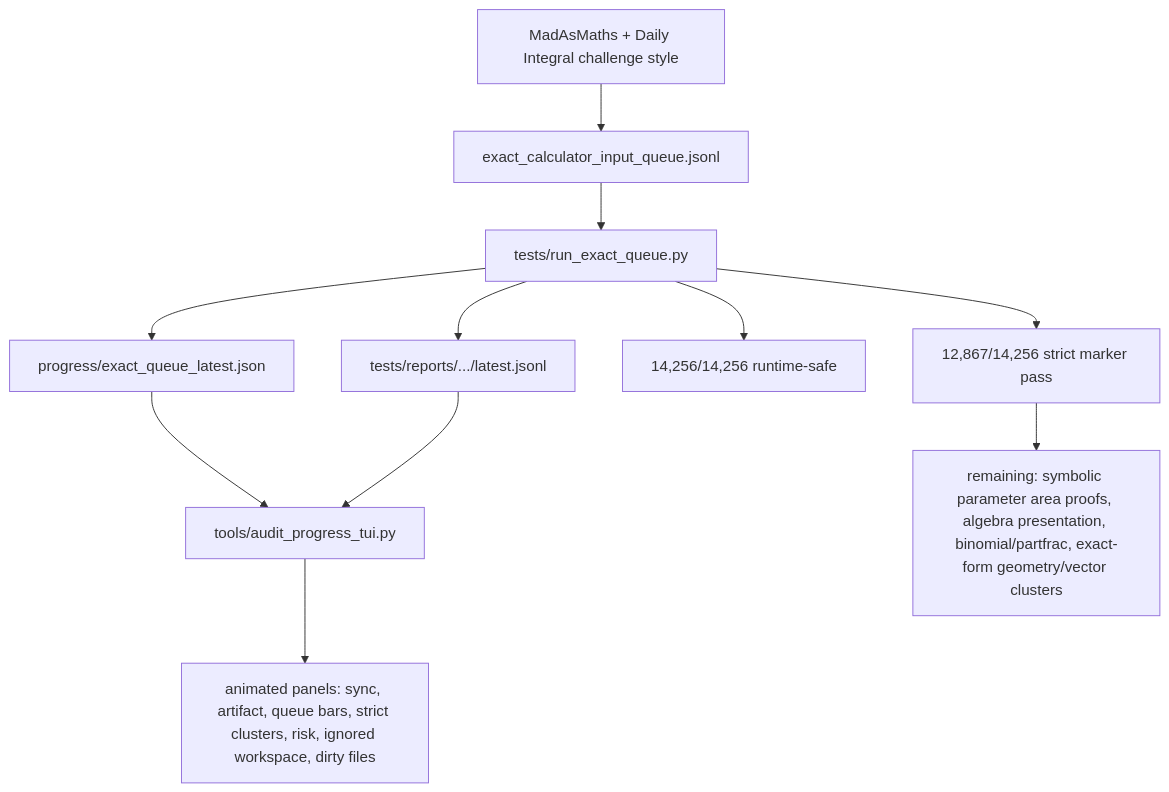
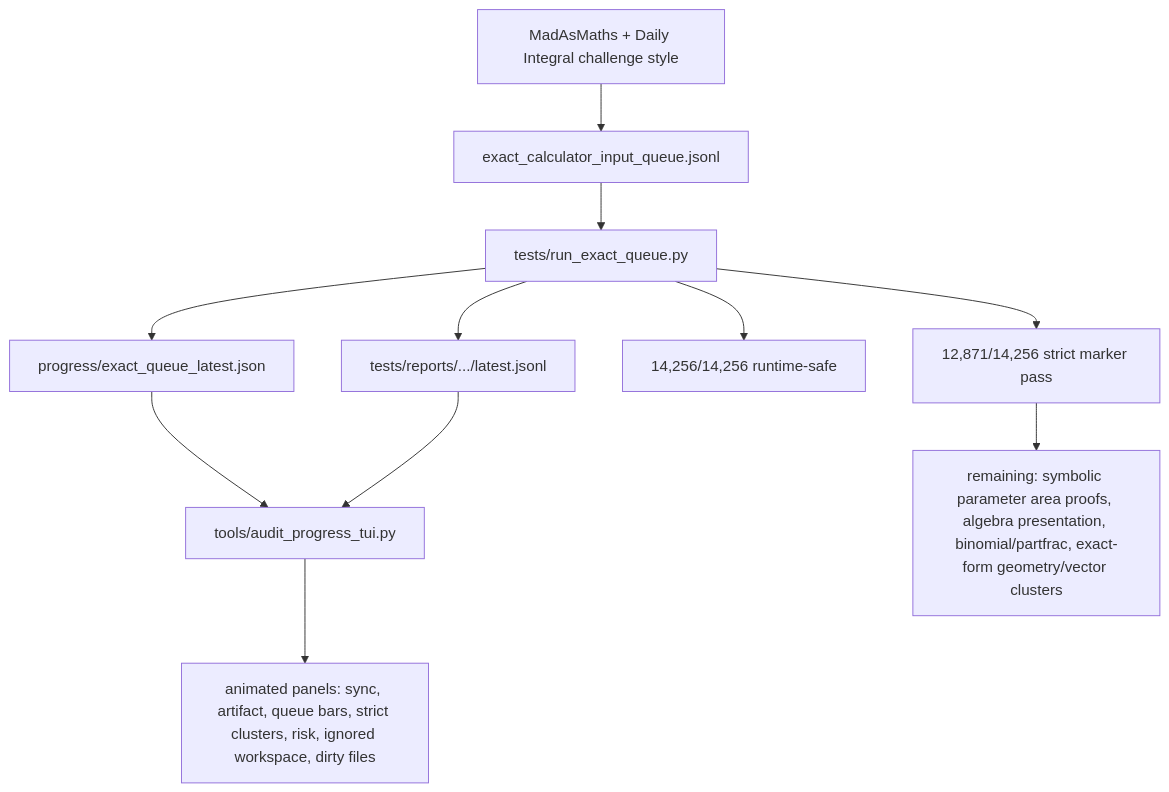
One commit to james8464/notes-addin-casio-fx-cg50 changed the fifth of 6 diagrams in docs/GRAPH.md. Above: the diagram before and after it, drawn with Mermaid. The commit also changed other lines of this file and 3 other files, not shown here.

````diff
--- a/docs/GRAPH.md
+++ b/docs/GRAPH.md
@@ -60,13 +60,13 @@
 ```mermaid
 graph TD
   Online["MadAsMaths + Daily Integral challenge style"] --> Queue["exact_calculator_input_queue.jsonl"]
   Queue --> Runner["tests/run_exact_queue.py"]
   Runner --> Live["progress/exact_queue_latest.json"]
   Runner --> Report["tests/reports/.../latest.jsonl"]
   Live --> TUI["tools/audit_progress_tui.py"]
   Report --> TUI
   TUI --> Panels["animated panels: sync, artifact, queue bars, strict clusters, risk, ignored workspace, dirty files"]
   Runner --> Runtime["14,256/14,256 runtime-safe"]
-  Runner --> Strict["12,867/14,256 strict marker pass"]
+  Runner --> Strict["12,871/14,256 strict marker pass"]
   Strict --> Remaining["remaining: symbolic parameter area proofs, algebra presentation, binomial/partfrac, exact-form geometry/vector clusters"]
 ```
````
